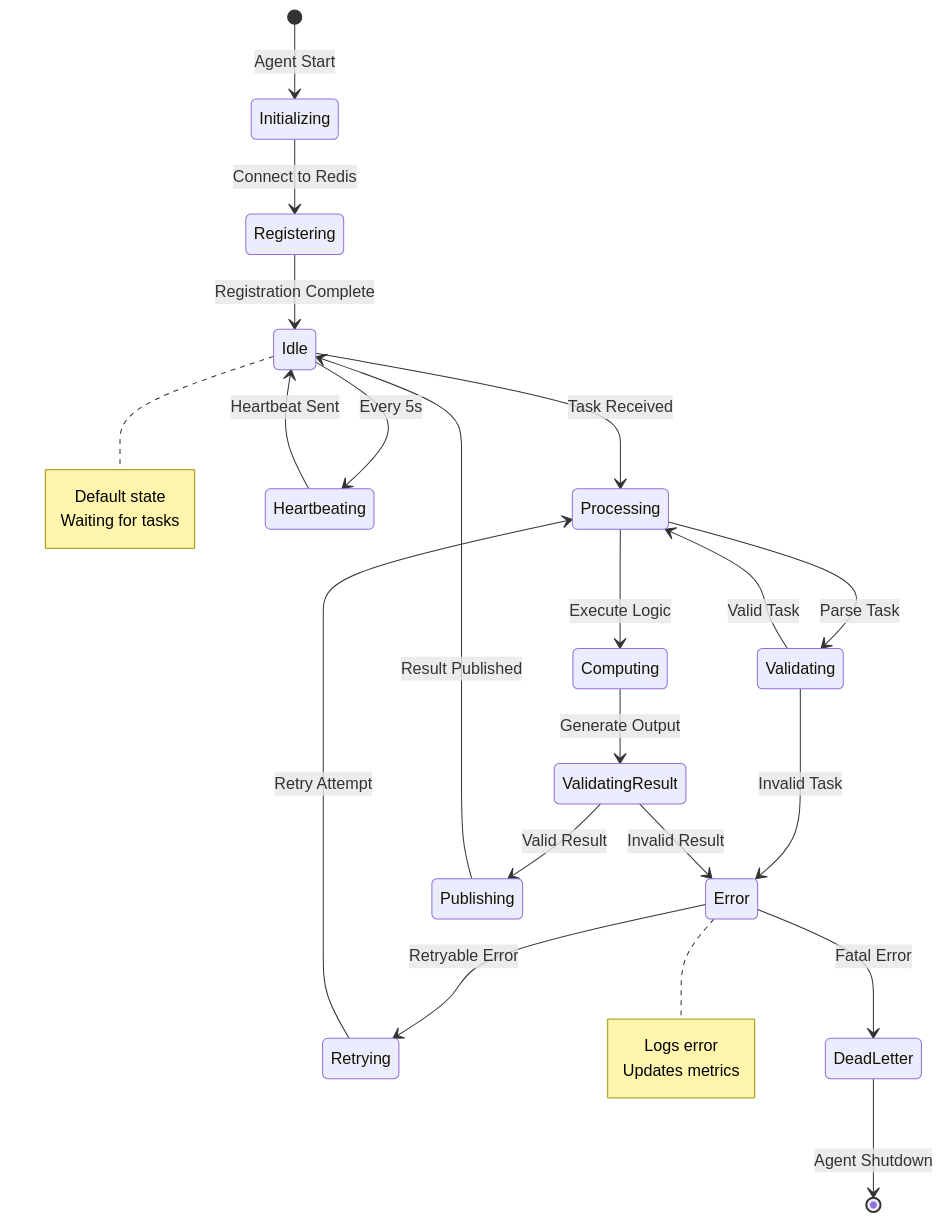
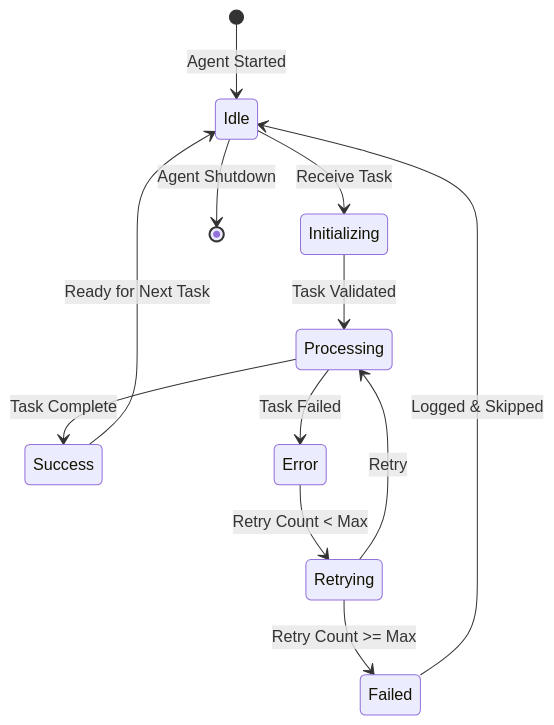
One commit to lucylow/blank-slate-canvas changed diagram 11 of 27 in README.md. Above: the diagram before and after it, drawn with Mermaid. The commit also changed other lines of this file and 2 other files, not shown here.

````diff
--- a/README.md
+++ b/README.md
@@ -502,35 +584,14 @@
 ```mermaid
 stateDiagram-v2
-    [*] --> Initializing: Agent Start
-    Initializing --> Registering: Connect to Redis
-    Registering --> Idle: Registration Complete
-    
-    Idle --> Processing: Task Received
-    Processing --> Validating: Parse Task
-    Validating --> Processing: Valid Task
-    Validating --> Error: Invalid Task
-    
-    Processing --> Computing: Execute Logic
-    Computing --> ValidatingResult: Generate Output
-    ValidatingResult --> Publishing: Valid Result
-    ValidatingResult --> Error: Invalid Result
-    
-    Publishing --> Idle: Result Published
-    Error --> Retrying: Retryable Error
-    Error --> DeadLetter: Fatal Error
-    Retrying --> Processing: Retry Attempt
-    DeadLetter --> [*]: Agent Shutdown
-    
-    Idle --> Heartbeating: Every 5s
-    Heartbeating --> Idle: Heartbeat Sent
-    
-    note right of Idle
-        Default state
-        Waiting for tasks
-    end note
-    
-    note right of Error
-        Logs error
-        Updates metrics
-    end note
+    [*] --> Idle: Agent Started
+    Idle --> Initializing: Receive Task
+    Initializing --> Processing: Task Validated
+    Processing --> Success: Task Complete
+    Processing --> Error: Task Failed
+    Error --> Retrying: Retry Count < Max
+    Retrying --> Processing: Retry
+    Retrying --> Failed: Retry Count >= Max
+    Success --> Idle: Ready for Next Task
+    Failed --> Idle: Logged & Skipped
+    Idle --> [*]: Agent Shutdown
 ```
````
